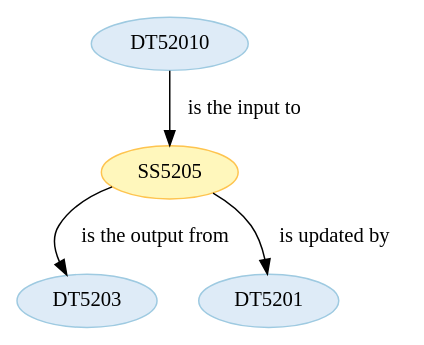
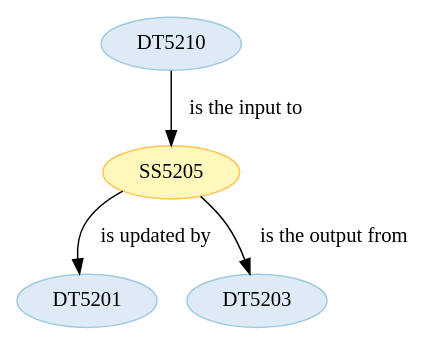
One commit to Marco-Salvi/cwl-test changed the diagram in wf5201/ST520105.dot. Above: the diagram before and after it, drawn with Graphviz. The commit also changed 24 other files, not shown here.

```diff
--- a/wf5201/ST520105.dot
+++ b/wf5201/ST520105.dot
@@ -1,18 +1,18 @@
 strict digraph {
 
 
-	"DT5203" [ color="2", colorscheme="blues3", fillcolor="1", style="filled",  weight=0 ];
+	"DT5210" [ color="2", colorscheme="blues3", fillcolor="1", style="filled",  weight=0 ];
+
+	"DT5210" -> "SS5205" [ label="is the input to", labeltooltip="DT5210 - is the input to - SS5205",  weight=0 ];
 
 	"SS5205" [ color="2", colorscheme="ylorbr3", fillcolor="1", style="filled",  weight=0 ];
 
 	"SS5205" -> "DT5201" [ label="is updated by", labeltooltip="DT5201 - is updated by - SS5205",  weight=0 ];
 
 	"SS5205" -> "DT5203" [ label="is the output from", labeltooltip="DT5203 - is the output from - SS5205",  weight=0 ];
 
 	"DT5201" [ color="2", colorscheme="blues3", fillcolor="1", style="filled",  weight=0 ];
 
-	"DT52010" [ color="2", colorscheme="blues3", fillcolor="1", style="filled",  weight=0 ];
-
-	"DT52010" -> "SS5205" [ label="is the input to", labeltooltip="DT52010 - is the input to - SS5205",  weight=0 ];
+	"DT5203" [ color="2", colorscheme="blues3", fillcolor="1", style="filled",  weight=0 ];
 
 }
```
